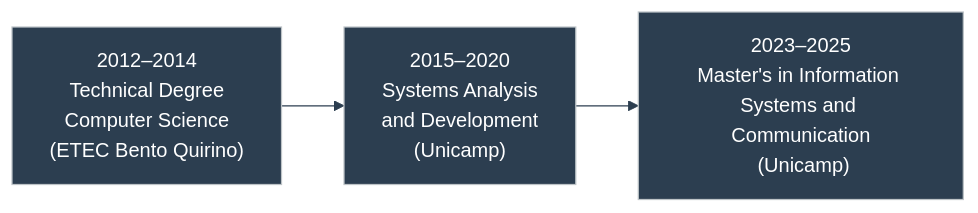
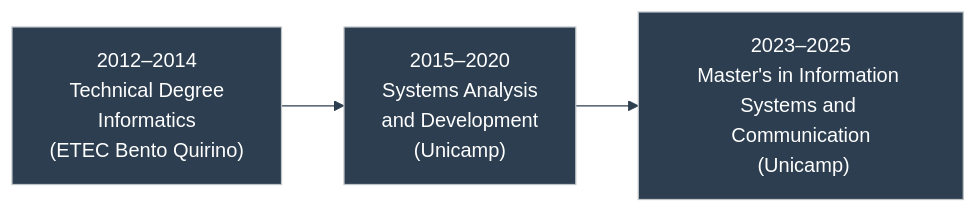
Before and after one commit to duducm2/my-personal-repo: the second of 13 diagrams in portfolio/mermaid/diagrams.md, drawn with Mermaid. The commit also changed other lines of this file, not shown here.

Commit message:
Update academic qualifications in Mermaid diagram to reflect correct degree title and enhance methodology and tools sections with subgraphs for better organization and clarity.

````diff
--- a/portfolio/mermaid/diagrams.md
+++ b/portfolio/mermaid/diagrams.md
@@ -42,8 +42,8 @@
 ```mermaid
 %%{init: {'theme': 'base', 'themeVariables': { 'primaryColor': '#2c3e50', 'primaryTextColor': '#fff', 'primaryBorderColor': '#bdc3c7', 'lineColor': '#2c3e50', 'fontFamily': 'Lato'}}}%%
 flowchart LR
-  A["2012–2014<br/>Technical Degree<br/>Computer Science<br/>(ETEC Bento Quirino)"]
+  A["2012–2014<br/>Technical Degree<br/>Informatics<br/>(ETEC Bento Quirino)"]
   B["2015–2020<br/>Systems Analysis<br/>and Development<br/>(Unicamp)"]
   C["2023–2025<br/>Master's in Information Systems and Communication<br/> (Unicamp)"]
   A --> B --> C
 ```
````
